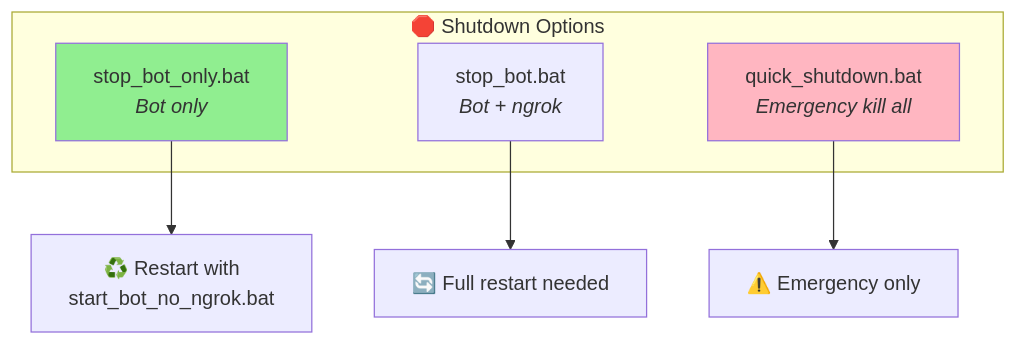
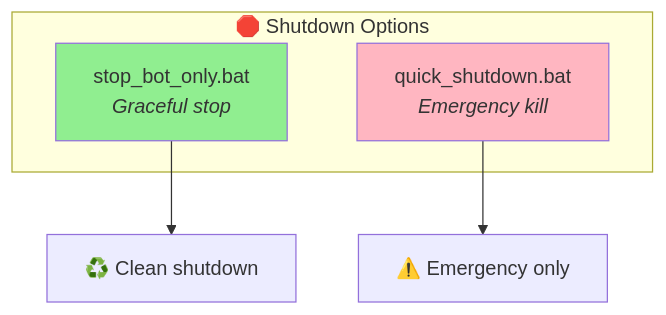
Before and after one commit to nirnaykhatri/alpha-trader: the fifth of 13 diagrams in README.md, drawn with Mermaid. The commit also changed other lines of this file and 241 other files, not shown here.

````diff
--- a/README.md
+++ b/README.md
@@ -135,15 +151,13 @@
 ```mermaid
 flowchart TB
     subgraph Scripts["🛑 Shutdown Options"]
-        S1["stop_bot_only.bat<br/><i>Bot only</i>"]
-        S2["stop_bot.bat<br/><i>Bot + ngrok</i>"]
-        S3["quick_shutdown.bat<br/><i>Emergency kill all</i>"]
+        S1["stop_bot_only.bat<br/><i>Graceful stop</i>"]
+        S2["quick_shutdown.bat<br/><i>Emergency kill</i>"]
     end
     
-    S1 --> R1["♻️ Restart with<br/>start_bot_no_ngrok.bat"]
-    S2 --> R2["🔄 Full restart needed"]
-    S3 --> R3["⚠️ Emergency only"]
+    S1 --> R1["♻️ Clean shutdown"]
+    S2 --> R2["⚠️ Emergency only"]
     
     style S1 fill:#90EE90
-    style S3 fill:#FFB6C1
+    style S2 fill:#FFB6C1
 ```
````
